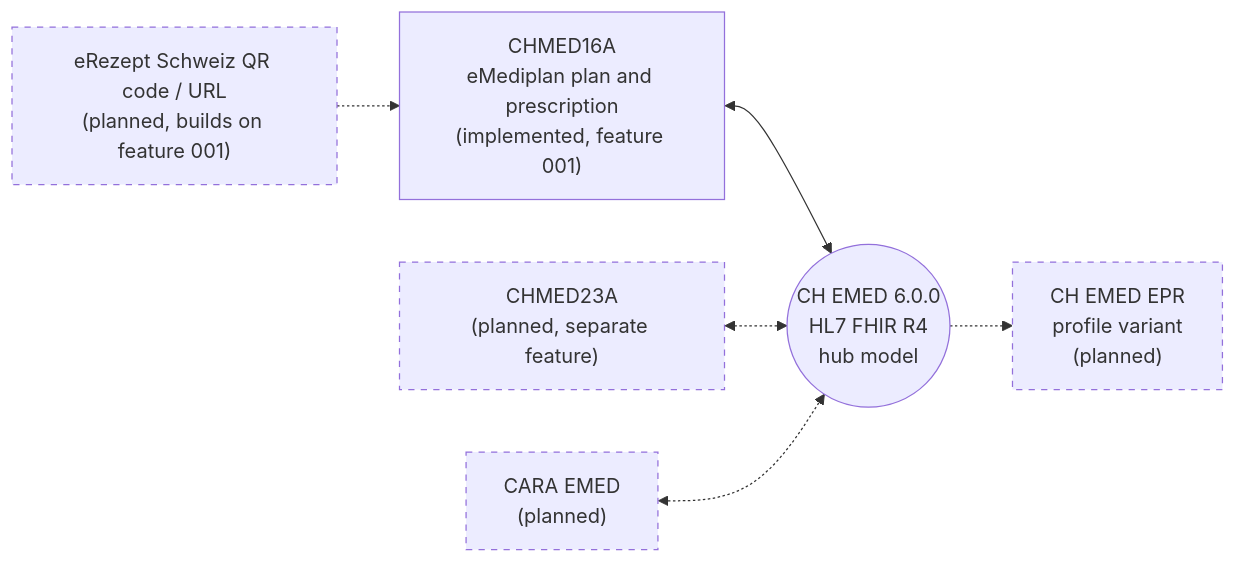
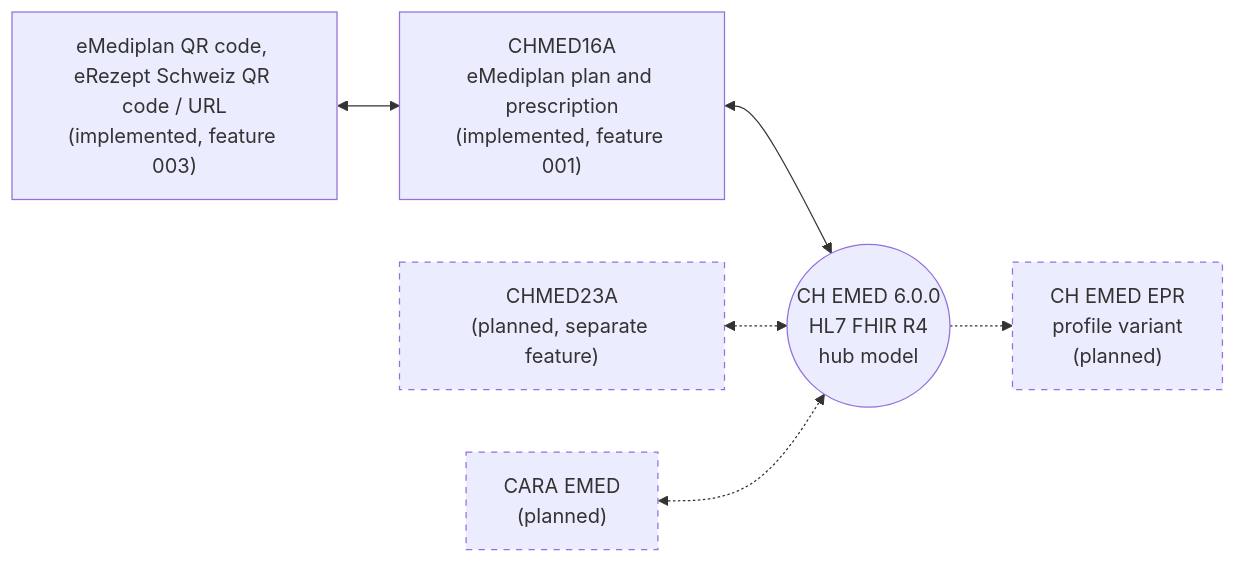
The fourth of 4 diagrams in docs/architecture.md (ehealthsuisse/ch-emed-converter), drawn with Mermaid before and after one commit. The commit also changed other lines of this file and 13 other files, not shown here.

````diff
--- a/docs/architecture.md
+++ b/docs/architecture.md
@@ -139,18 +145,18 @@
 ```mermaid
 flowchart LR
     CHMED16A["CHMED16A<br/>eMediplan plan and prescription<br/>(implemented, feature 001)"]
     HUB(("CH EMED 6.0.0<br/>HL7 FHIR R4<br/>hub model"))
     CHMED23A["CHMED23A<br/>(planned, separate feature)"]
     CARA["CARA EMED<br/>(planned)"]
-    ERX["eRezept Schweiz QR code / URL<br/>(planned, builds on feature 001)"]
+    ERX["eMediplan QR code, eRezept Schweiz QR code / URL<br/>(implemented, feature 003)"]
     EPR["CH EMED EPR<br/>profile variant<br/>(planned)"]
 
     CHMED16A <--> HUB
     CHMED23A <-.-> HUB
     CARA <-.-> HUB
-    ERX -.-> CHMED16A
+    ERX <--> CHMED16A
     HUB -.-> EPR
 
     classDef planned stroke-dasharray: 5 5
-    class CHMED23A,CARA,ERX,EPR planned
+    class CHMED23A,CARA,EPR planned
 ```
````
